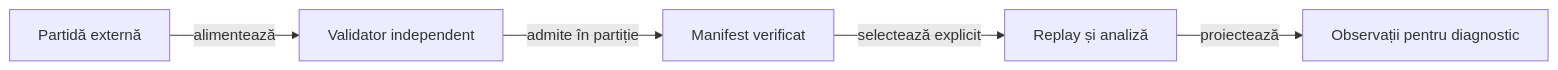
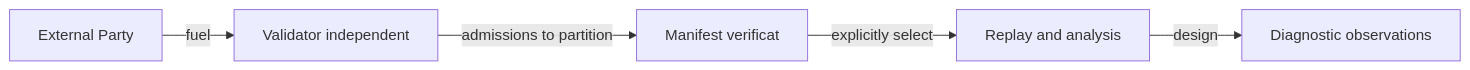
One commit to crististefanita/atf_j4 changed the diagram in docs/learning/ATF_Corpus.md. Above: the diagram before and after it, drawn with Mermaid. The commit also changed other lines of this file and 122 other files, not shown here.

````diff
--- a/docs/learning/ATF_Corpus.md
+++ b/docs/learning/ATF_Corpus.md
@@ -17,7 +17,7 @@
 ```mermaid
 flowchart LR
-    FILE[Partidă externă] -->|alimentează| ORACLE[Validator independent]
-    ORACLE -->|admite în partiție| MANIFEST[Manifest verificat]
-    MANIFEST -->|selectează explicit| REPLAY[Replay și analiză]
-    REPLAY -->|proiectează| OBS[Observații pentru diagnostic]
+    FILE[External Party] -->|fuel| ORACLE[Validator independent]
+    ORACLE -->|admissions to partition| MANIFEST[Manifest verificat]
+    MANIFEST -->|explicitly select| REPLAY[Replay and analysis]
+    REPLAY -->|design| OBS[Diagnostic observations]
 ```
````
